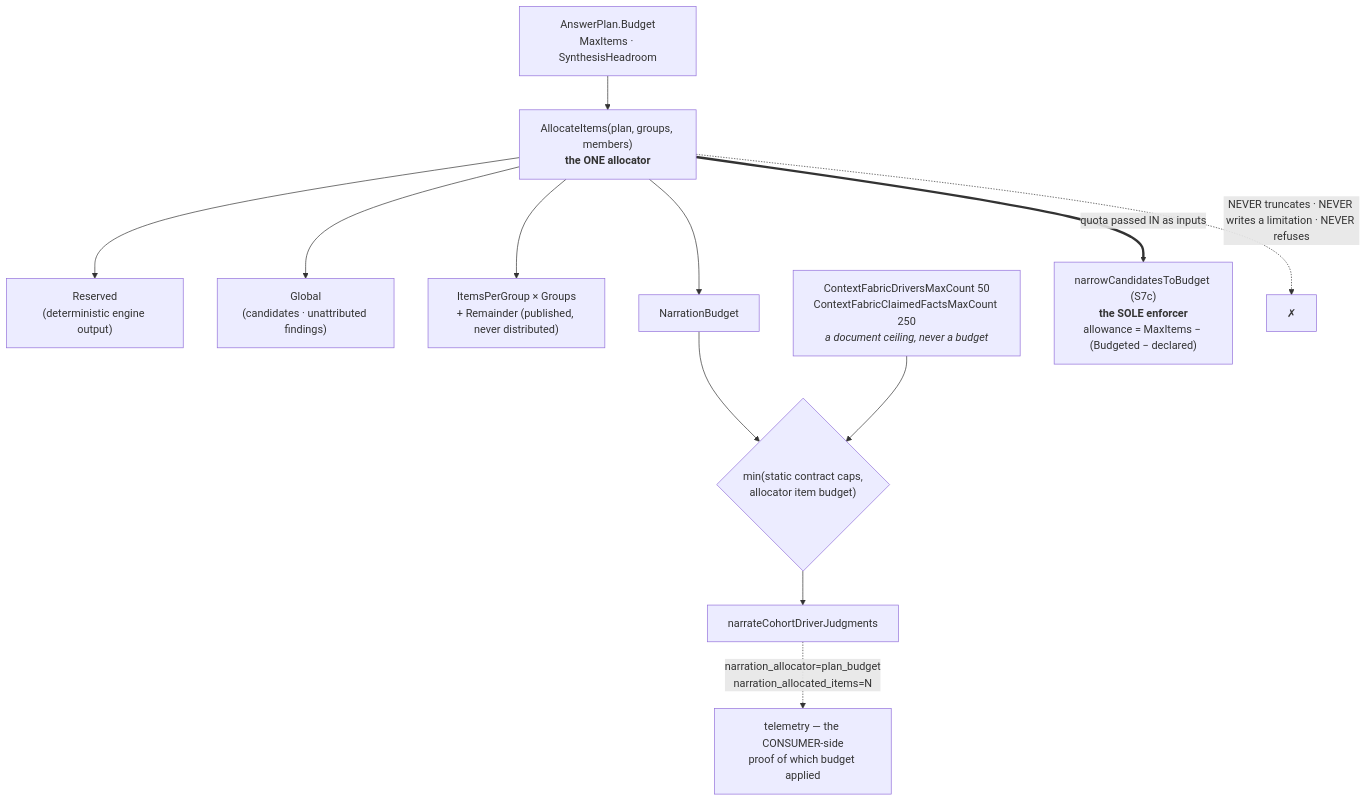
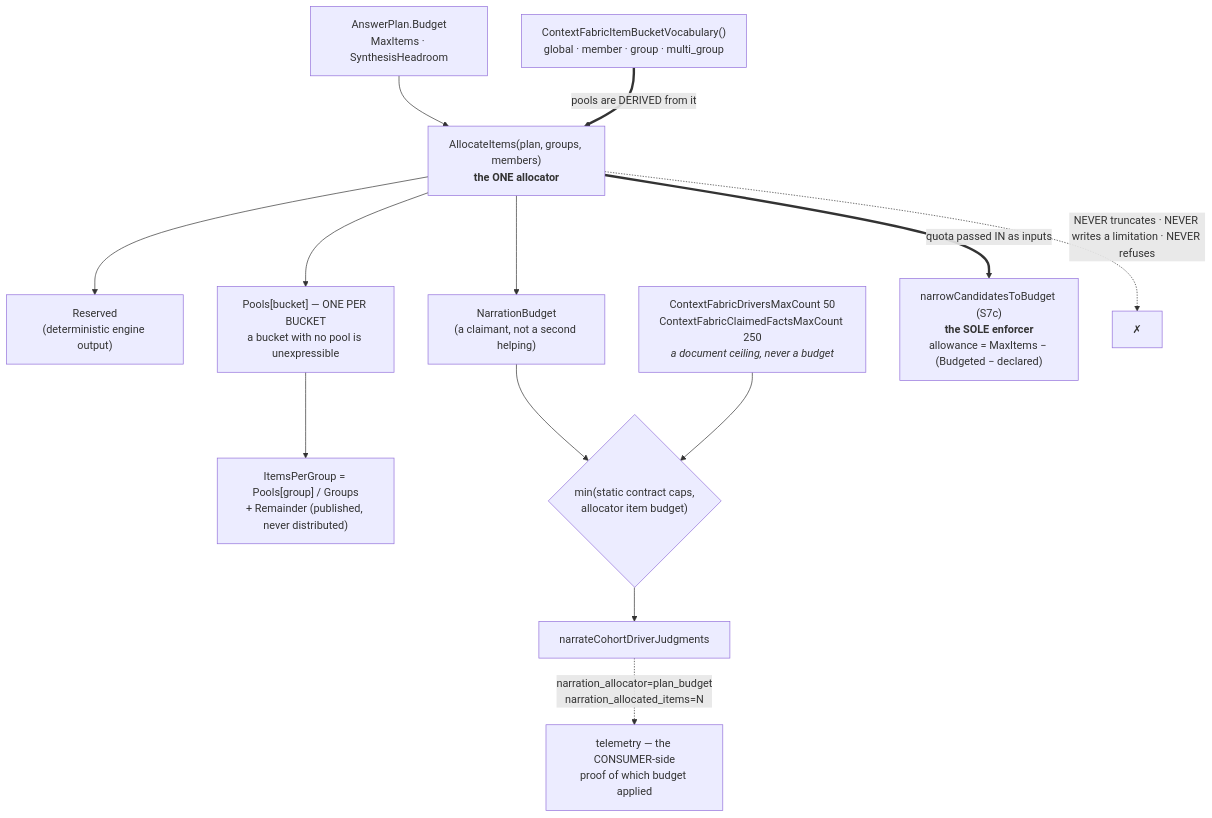
Diagram 15 of 18 in docs/design/context-fabric-architecture-diagrams.md (full-chaos/dev-health-acr), drawn with Mermaid before and after one commit. The commit also changed other lines of this file and 14 other files, not shown here.

````diff
--- a/docs/design/context-fabric-architecture-diagrams.md
+++ b/docs/design/context-fabric-architecture-diagrams.md
@@ -1748,16 +1748,17 @@
 ```mermaid
 flowchart TD
     PLAN["AnswerPlan.Budget<br/>MaxItems · SynthesisHeadroom"] --> ALLOC["AllocateItems(plan, groups, members)<br/><b>the ONE allocator</b>"]
+    VOCAB["ContextFabricItemBucketVocabulary()<br/>global · member · group · multi_group"] ==>|"pools are DERIVED from it"| ALLOC
     ALLOC --> RES["Reserved<br/>(deterministic engine output)"]
-    ALLOC --> GLOB["Global<br/>(candidates · unattributed findings)"]
-    ALLOC --> PER["ItemsPerGroup × Groups<br/>+ Remainder (published, never distributed)"]
-    ALLOC --> NARR["NarrationBudget"]
+    ALLOC --> POOLS["Pools[bucket] — ONE PER BUCKET<br/>a bucket with no pool is unexpressible"]
+    POOLS --> PER["ItemsPerGroup = Pools[group] / Groups<br/>+ Remainder (published, never distributed)"]
+    ALLOC --> NARR["NarrationBudget<br/>(a claimant, not a second helping)"]
 
     NARR --> MIN{"min(static contract caps,<br/>allocator item budget)"}
     CAPS["ContextFabricDriversMaxCount 50<br/>ContextFabricClaimedFactsMaxCount 250<br/><i>a document ceiling, never a budget</i>"] --> MIN
     MIN --> NARRATE["narrateCohortDriverJudgments"]
     NARRATE -.->|"narration_allocator=plan_budget<br/>narration_allocated_items=N"| TEL["telemetry — the CONSUMER-side<br/>proof of which budget applied"]
 
     ALLOC ==>|"quota passed IN as inputs"| S7C["narrowCandidatesToBudget (S7c)<br/><b>the SOLE enforcer</b><br/>allowance = MaxItems − (Budgeted − declared)"]
     ALLOC -.->|"NEVER truncates · NEVER writes a limitation · NEVER refuses"| X["✗"]
 ```
````
